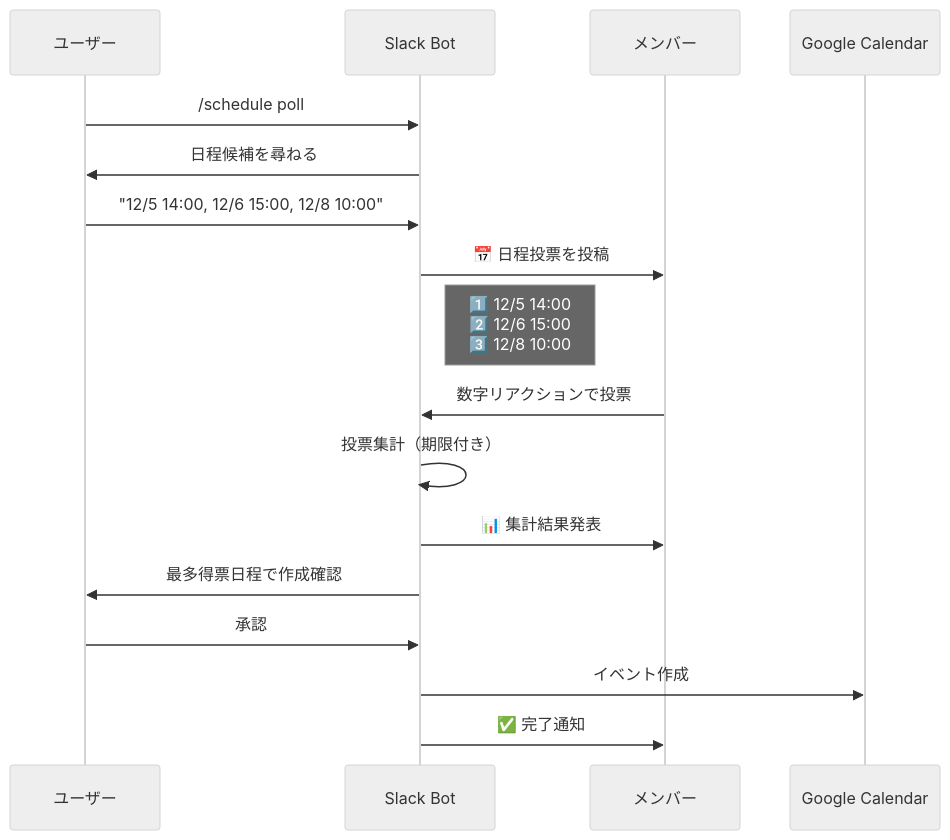
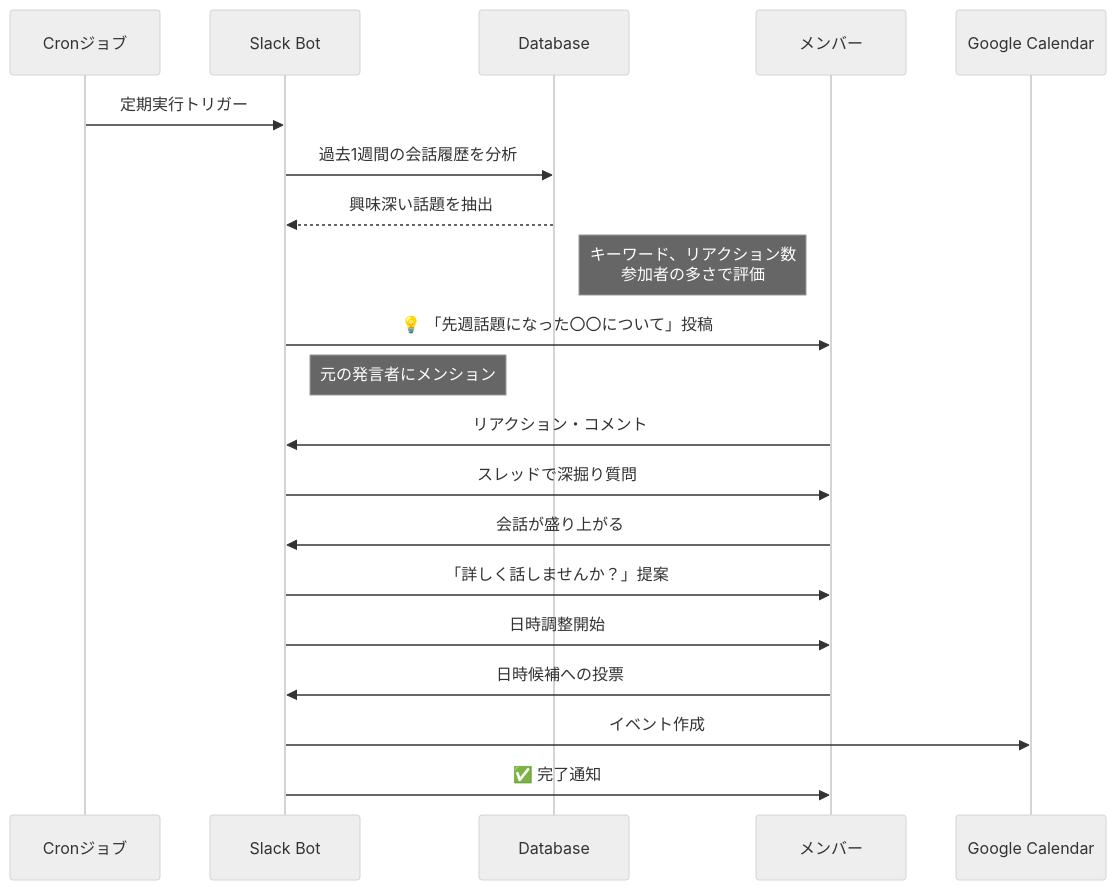
Before and after one commit to HackathonTeamC/2025-hackathon-demo: the second of 3 diagrams in slack-bot-calendar-specification.md, drawn with Mermaid (neutral theme). The commit also changed other lines of this file, not shown here.

````diff
--- a/slack-bot-calendar-specification.md
+++ b/slack-bot-calendar-specification.md
@@ -313,20 +551,23 @@
 ```mermaid
 sequenceDiagram
-    participant User as ユーザー
+    participant Cron as Cronジョブ
     participant Bot as Slack Bot
+    participant DB as Database
     participant Members as メンバー
     participant GCal as Google Calendar
 
-    User->>Bot: /schedule poll
-    Bot->>User: 日程候補を尋ねる
-    User->>Bot: "12/5 14:00, 12/6 15:00, 12/8 10:00"
-    Bot->>Members: 📅 日程投票を投稿
-    Note right of Bot: 1️⃣ 12/5 14:00<br/>2️⃣ 12/6 15:00<br/>3️⃣ 12/8 10:00
-    Members->>Bot: 数字リアクションで投票
-    Bot->>Bot: 投票集計（期限付き）
-    Bot->>Members: 📊 集計結果発表
-    Bot->>User: 最多得票日程で作成確認
-    User->>Bot: 承認
+    Cron->>Bot: 定期実行トリガー
+    Bot->>DB: 過去1週間の会話履歴を分析
+    DB-->>Bot: 興味深い話題を抽出
+    Note right of DB: キーワード、リアクション数<br/>参加者の多さで評価
+    Bot->>Members: 💡 「先週話題になった〇〇について」投稿
+    Note right of Bot: 元の発言者にメンション
+    Members->>Bot: リアクション・コメント
+    Bot->>Members: スレッドで深掘り質問
+    Members->>Bot: 会話が盛り上がる
+    Bot->>Members: 「詳しく話しませんか？」提案
+    Bot->>Members: 日時調整開始
+    Members->>Bot: 日時候補への投票
     Bot->>GCal: イベント作成
     Bot->>Members: ✅ 完了通知
 ```
````
